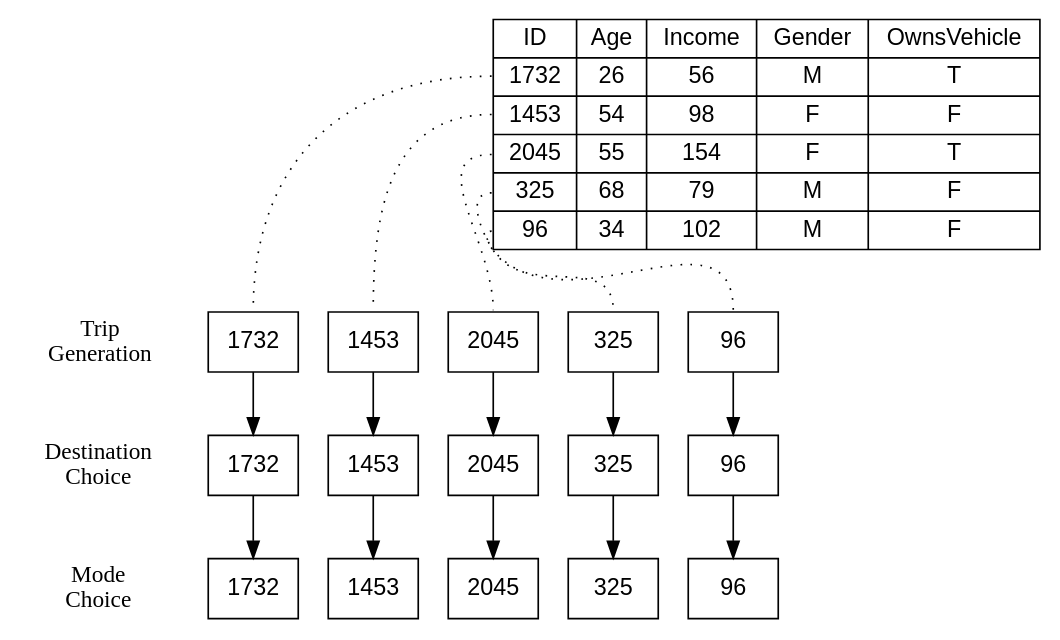
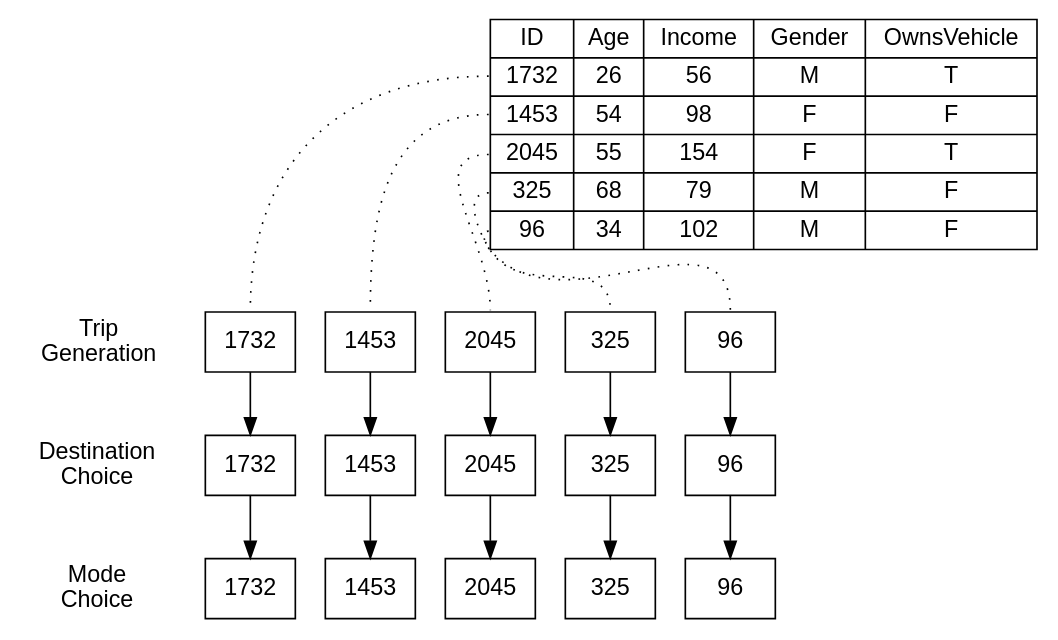
The diagram in data/example_flowchart_comparison/information_pipelines/synthetic.dot (atchley-sha/thesis), drawn with Graphviz before and after one commit. The commit also changed 7 other files, not shown here.

```diff
--- a/data/example_flowchart_comparison/information_pipelines/synthetic.dot
+++ b/data/example_flowchart_comparison/information_pipelines/synthetic.dot
@@ -1,60 +1,60 @@
 digraph {
   
   outputorder=edgesfirst
   ordering=out
   
   node[fontname="Alte Haas Grotesk, sans-serif"]
   
   {
     node [shape=record]
     table [label="{ID|<1>1732|<2>1453|<3>2045|<4>325|<5>96}|
     {Age|26|54|55|68|34}|
     {Income|56|98|154|79|102}|
     {Gender|M|F|F|M|M}|
     {OwnsVehicle|T|F|T|F|F}"]
   }
   
 #  {
 #    node [shape=record]
 #    table2 [label="{ID|Age|Income|Gender|OwnsVehicle}|
 #    {<1>1732|26|56|M|T}|
 #    {<2>1453|54|98|F|F}|
 #    {<3>2045|55|154|F|T}|
 #    {<4>325|68|79|T|F}|
 #    {<5>96|34|102|M|F}"]
 #  }
   
   node [shape=box]
   
   {node [label="1732"] p11 p12 p13}
   {node [label="1453"] p21 p22 p23}
   {node [label="2045"] p31 p32 p33}
   {node [label="325"] p41 p42 p43}
   {node [label="96"] p51 p52 p53}
   
   {
     edge [style=dotted, arrowhead=none]
     table:1:w -> p11:n
     table:2:w -> p21:n
     table:3:w -> p31:n
     table:4:w -> p41:n
     table:5:w -> p51:n
   }
   
   p11 -> p12 -> p13
   p21 -> p22 -> p23
   p31 -> p32 -> p33
   p41 -> p42 -> p43
   p51 -> p52 -> p53
   
-  node [shape=none, style=bold, fontname="Gentium Book Basic, serif"]
+  node [shape=none, style=bold, fontname="Alte Haas Grotesk, sans-serif"]
   edge [style=invis]
   
   tg [label="Trip\nGeneration"]
   dc [label="Destination\nChoice"]
   mc [label="Mode\nChoice"]
   
   tg -> dc -> mc
   {rank=same tg -> p11}
   
 }
```
